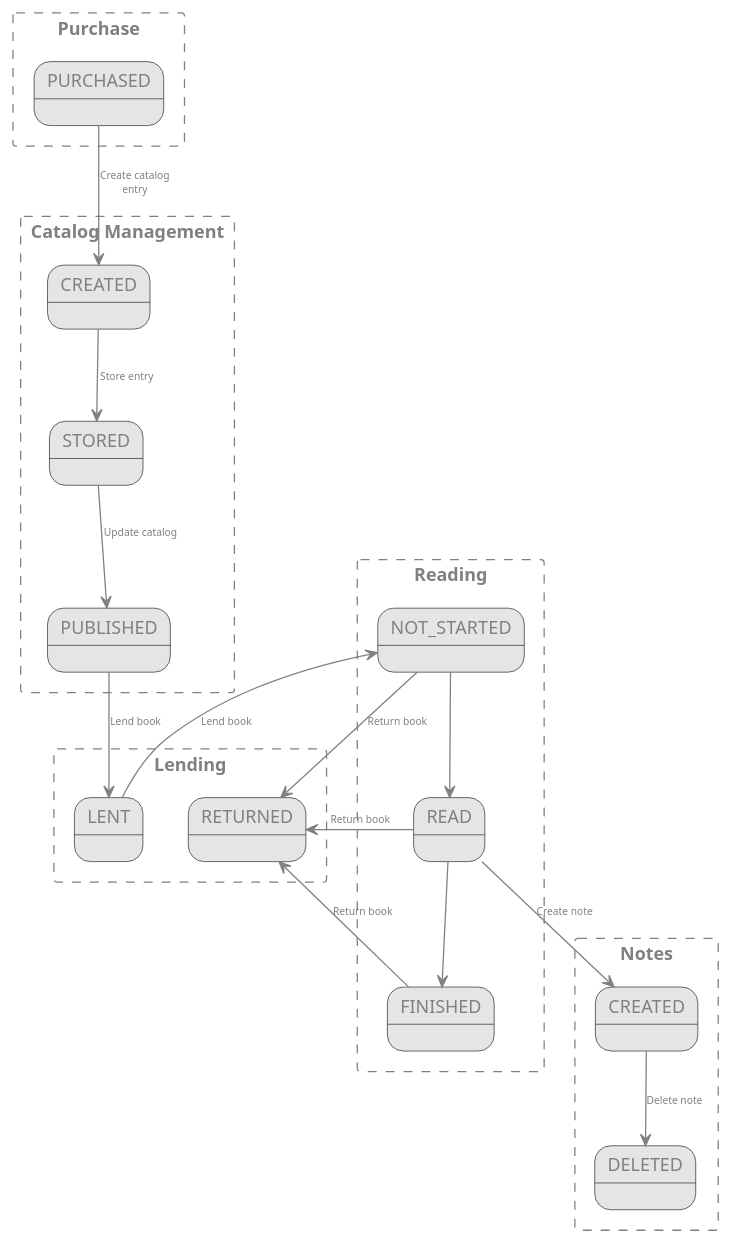
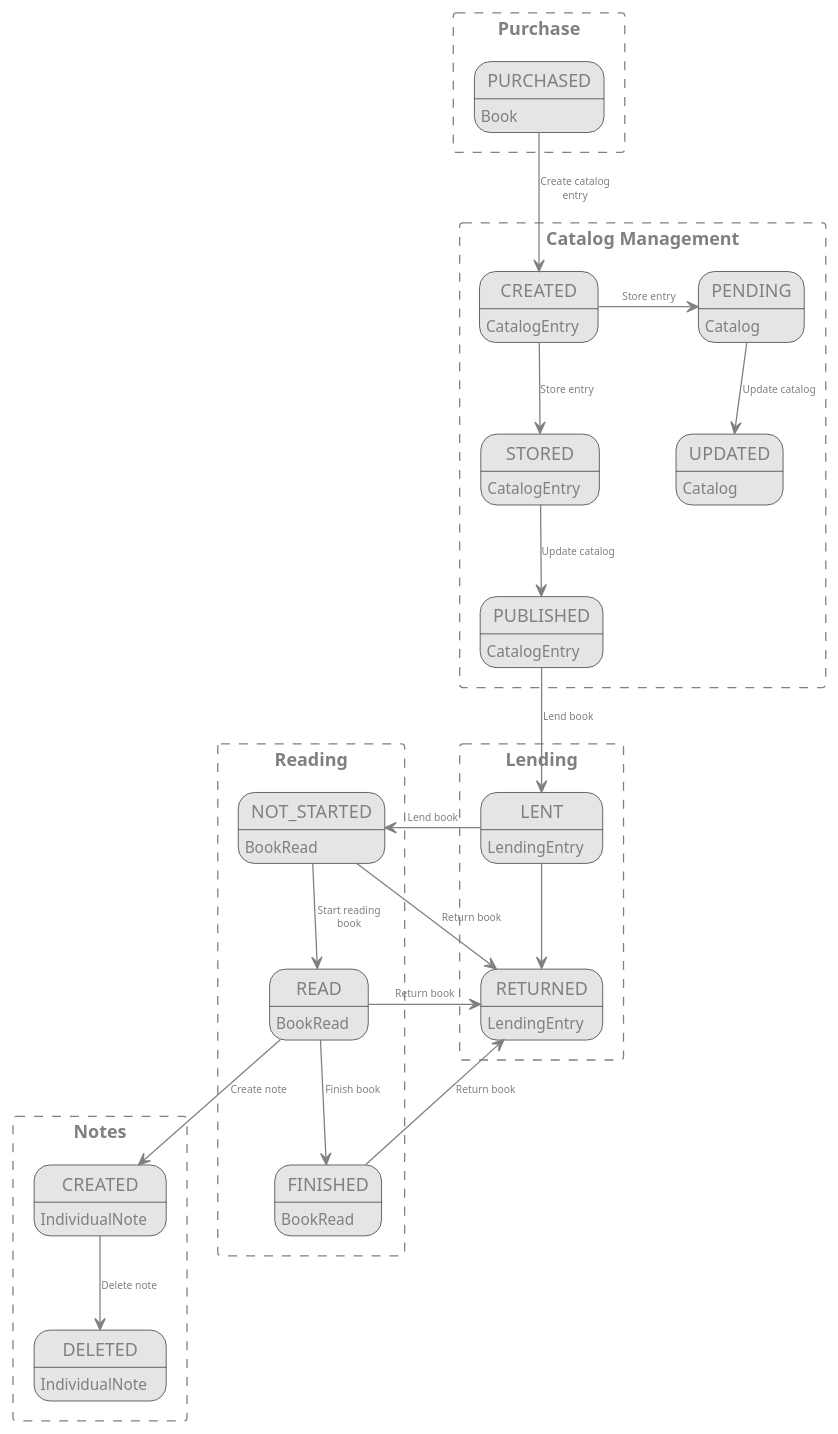
One commit to Grinseteddy/MasteringDdd changed the diagram in TacticalDesign/Library/LibraryState.puml. Above: the diagram before and after it, drawn with PlantUML. The commit also changed 4 other files, not shown here.

```diff
--- a/TacticalDesign/Library/LibraryState.puml
+++ b/TacticalDesign/Library/LibraryState.puml
@@ -1,68 +1,88 @@
 @startuml
 'https://plantuml.com/state-diagram
 
 'skinparam linetype ortho
+'skinparam linetype polyline
 allowmixing
 
 skinparam state {
     backgroundcolor #E5e5e5
 
     fontcolor grey
 }
 
 skinparam arrow {
     fontcolor grey
     fontsize 8
     color grey
 }
 
 skinparam rectangle {
     backgroundcolor white
     bordercolor grey
     borderstyle dashed
     fontcolor grey
 }
 
 rectangle Purchase {
     state "PURCHASED" as purchased
+    purchased : Book
 }
 
 rectangle "Catalog Management" as catalogManagement {
     state "CREATED" as entryCreated
+    state "PENDING" as pending
+    pending : Catalog
+    entryCreated : CatalogEntry
     state "STORED" as entryStored
+    entryStored : CatalogEntry
     state "PUBLISHED" as entryPublished
+    entryPublished : CatalogEntry
+
+    state "UPDATED" as updated
+    updated : Catalog
 }
 
 rectangle "Lending"{
     state "LENT" as lent
+    lent : LendingEntry
     state "RETURNED" as returned
+    returned : LendingEntry
 }
 
 rectangle "Reading" {
     state "NOT_STARTED" as notStarted
+    notStarted : BookRead
     state "READ" as read
+    read : BookRead
     state "FINISHED" as finished
+    finished : BookRead
 }
 
 rectangle "Notes" {
     state "CREATED" as notesCreated
+    notesCreated : IndividualNote
     state "DELETED" as notesDeleted
+    notesDeleted : IndividualNote
 }
 
 purchased -down-> entryCreated : Create catalog\nentry
 entryCreated -down-> entryStored : Store entry
+entryCreated -> pending : Store entry
 entryStored -down-> entryPublished : Update catalog
+
+pending -down-> updated : Update catalog
 entryPublished -down-> lent : Lend book
-lent -down-> notStarted : Lend book
-notStarted -down-> read
+lent -> notStarted : Lend book
+notStarted -down-> read : Start reading\nbook
 read --> notesCreated : Create note
-read -down-> finished
+read -down-> finished : Finish book
 finished -> returned : Return book
-notStarted ->returned : Return book
+notStarted -left->returned : Return book
 notesCreated --> notesDeleted : Delete note
 read -right-> returned : Return book
-
+lent -down-> returned
 
 
 
 @enduml
```
